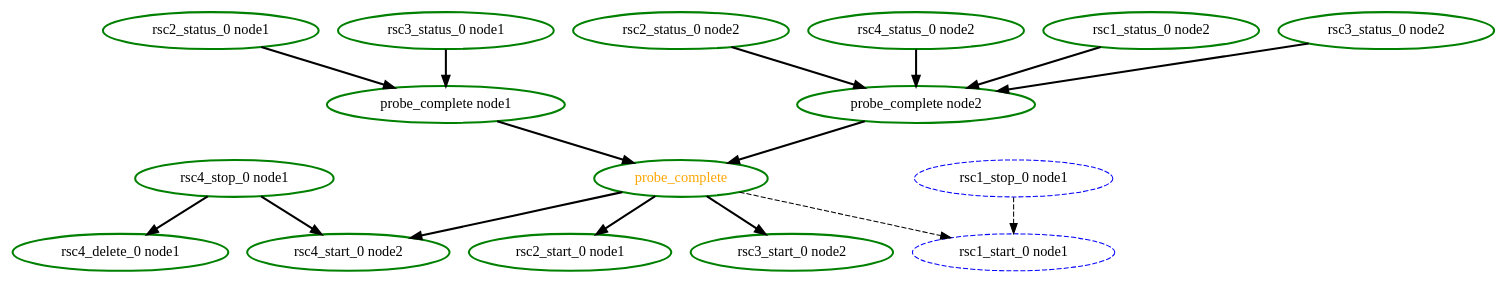
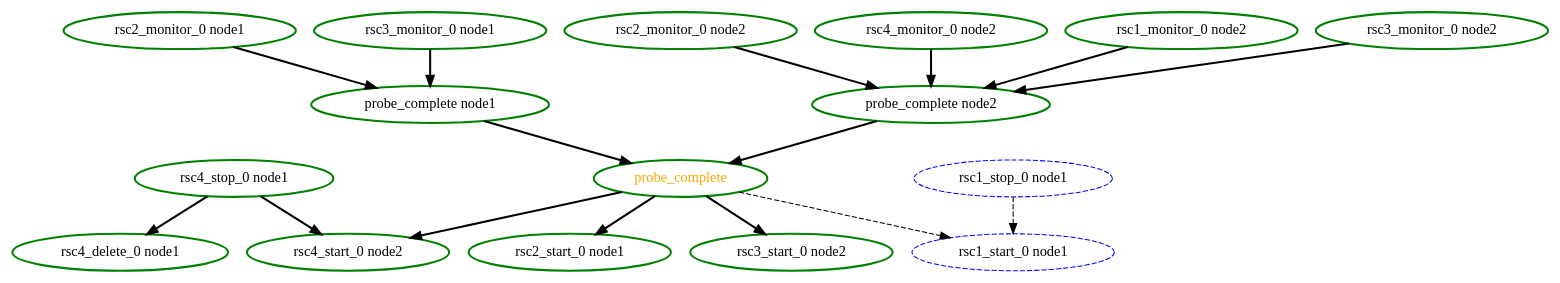
Before and after one commit to richiewen8/heartbeat: the diagram in crm/pengine/testcases/rsc_dep4.dot, drawn with Graphviz. The commit also changed 147 other files, not shown here.

First line of the commit message:
s/status_0/monitor_0/

```diff
--- a/crm/pengine/testcases/rsc_dep4.dot
+++ b/crm/pengine/testcases/rsc_dep4.dot
@@ -1,34 +1,34 @@
 digraph "g" {
 	size = "30,30"
 "probe_complete" [ style=bold color="green" fontcolor="orange" ]
 "probe_complete node1" [ style=bold color="green" fontcolor="black" ]
-"rsc2_status_0 node1" [ style=bold color="green" fontcolor="black" ]
-"rsc3_status_0 node1" [ style=bold color="green" fontcolor="black" ]
+"rsc2_monitor_0 node1" [ style=bold color="green" fontcolor="black" ]
+"rsc3_monitor_0 node1" [ style=bold color="green" fontcolor="black" ]
 "probe_complete node2" [ style=bold color="green" fontcolor="black" ]
-"rsc2_status_0 node2" [ style=bold color="green" fontcolor="black" ]
-"rsc4_status_0 node2" [ style=bold color="green" fontcolor="black" ]
-"rsc1_status_0 node2" [ style=bold color="green" fontcolor="black" ]
-"rsc3_status_0 node2" [ style=bold color="green" fontcolor="black" ]
+"rsc2_monitor_0 node2" [ style=bold color="green" fontcolor="black" ]
+"rsc4_monitor_0 node2" [ style=bold color="green" fontcolor="black" ]
+"rsc1_monitor_0 node2" [ style=bold color="green" fontcolor="black" ]
+"rsc3_monitor_0 node2" [ style=bold color="green" fontcolor="black" ]
 "rsc2_start_0 node1" [ style=bold color="green" fontcolor="black" ]
 "rsc4_stop_0 node1" [ style=bold color="green" fontcolor="black" ]
 "rsc4_start_0 node2" [ style=bold color="green" fontcolor="black" ]
 "rsc4_delete_0 node1" [ style=bold color="green" fontcolor="black" ]
 "rsc1_stop_0 node1" [ style="dashed" color="blue" fontcolor="black" ]
 "rsc1_start_0 node1" [ style="dashed" color="blue" fontcolor="black" ]
 "rsc3_start_0 node2" [ style=bold color="green" fontcolor="black" ]
 "probe_complete node1" -> "probe_complete" [ style = bold]
 "probe_complete node2" -> "probe_complete" [ style = bold]
-"rsc2_status_0 node1" -> "probe_complete node1" [ style = bold]
-"rsc3_status_0 node1" -> "probe_complete node1" [ style = bold]
-"rsc2_status_0 node2" -> "probe_complete node2" [ style = bold]
-"rsc4_status_0 node2" -> "probe_complete node2" [ style = bold]
-"rsc1_status_0 node2" -> "probe_complete node2" [ style = bold]
-"rsc3_status_0 node2" -> "probe_complete node2" [ style = bold]
+"rsc2_monitor_0 node1" -> "probe_complete node1" [ style = bold]
+"rsc3_monitor_0 node1" -> "probe_complete node1" [ style = bold]
+"rsc2_monitor_0 node2" -> "probe_complete node2" [ style = bold]
+"rsc4_monitor_0 node2" -> "probe_complete node2" [ style = bold]
+"rsc1_monitor_0 node2" -> "probe_complete node2" [ style = bold]
+"rsc3_monitor_0 node2" -> "probe_complete node2" [ style = bold]
 "probe_complete" -> "rsc2_start_0 node1" [ style = bold]
 "probe_complete" -> "rsc4_start_0 node2" [ style = bold]
 "rsc4_stop_0 node1" -> "rsc4_start_0 node2" [ style = bold]
 "rsc4_stop_0 node1" -> "rsc4_delete_0 node1" [ style = bold]
 "probe_complete" -> "rsc1_start_0 node1" [ style = dashed]
 "rsc1_stop_0 node1" -> "rsc1_start_0 node1" [ style = dashed]
 "probe_complete" -> "rsc3_start_0 node2" [ style = bold]
 }
```
